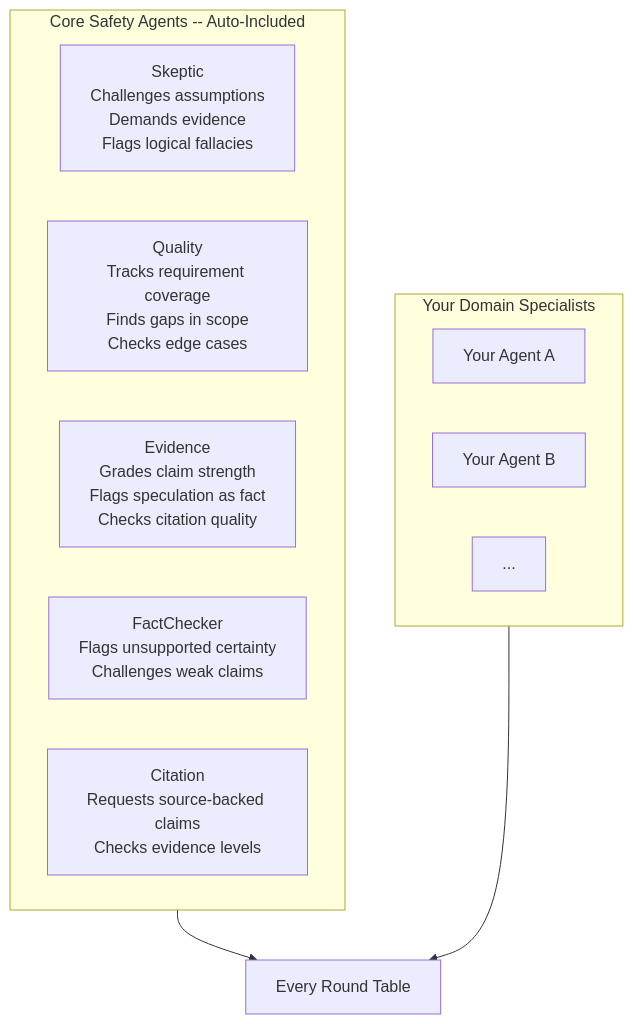
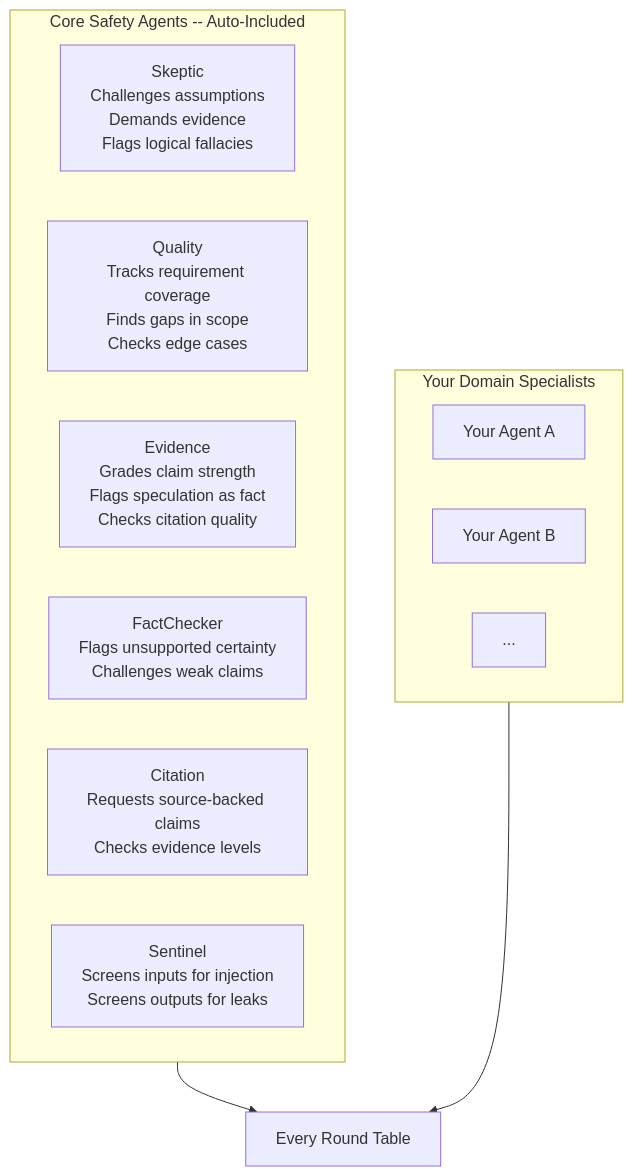
The fifth of 6 diagrams in README.md (KangaKode/aiscaffold), drawn with Mermaid before and after one commit. The commit also changed other lines of this file and 50 other files, not shown here.

````diff
--- a/README.md
+++ b/README.md
@@ -199,17 +202,18 @@
 ```mermaid
 flowchart TD
     subgraph core [Core Safety Agents -- Auto-Included]
         Skeptic["Skeptic\nChallenges assumptions\nDemands evidence\nFlags logical fallacies"]
         Quality["Quality\nTracks requirement coverage\nFinds gaps in scope\nChecks edge cases"]
         Evidence["Evidence\nGrades claim strength\nFlags speculation as fact\nChecks citation quality"]
         FactChecker["FactChecker\nFlags unsupported certainty\nChallenges weak claims"]
         Citation["Citation\nRequests source-backed claims\nChecks evidence levels"]
+        Sentinel["Sentinel\nScreens inputs for injection\nScreens outputs for leaks"]
     end
     subgraph user [Your Domain Specialists]
         UserA["Your Agent A"]
         UserB["Your Agent B"]
         UserN["..."]
     end
     core --> RT[Every Round Table]
     user --> RT
 ```
````
